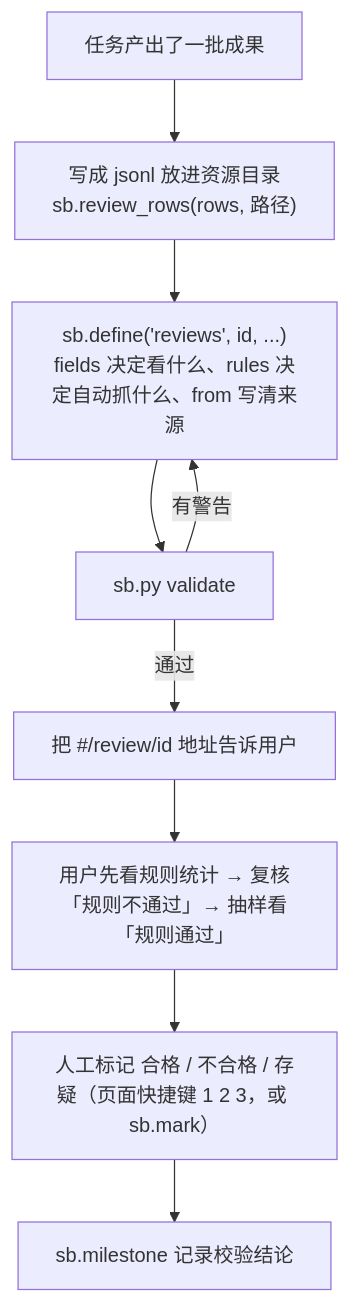
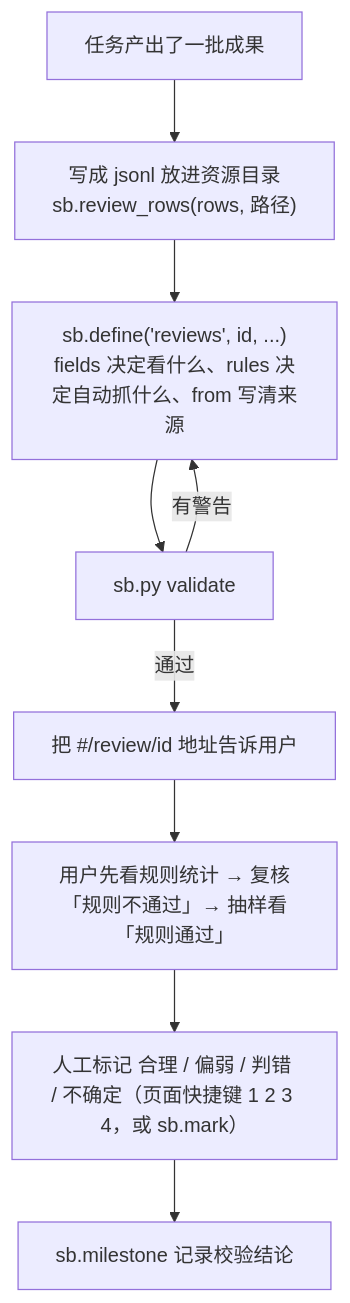
One commit to StevenHuang233/AI-record changed the seventh of 10 diagrams in skills/status-board/SKILL.md. Above: the diagram before and after it, drawn with Mermaid. The commit also changed other lines of this file and 2 other files, not shown here.

````diff
--- a/skills/status-board/SKILL.md
+++ b/skills/status-board/SKILL.md
@@ -165,11 +165,11 @@
 ```mermaid
 flowchart TD
     A["任务产出了一批成果"] --> B["写成 jsonl 放进资源目录<br/>sb.review_rows(rows, 路径)"]
     B --> C["sb.define('reviews', id, ...)<br/>fields 决定看什么、rules 决定自动抓什么、from 写清来源"]
     C --> D["sb.py validate"]
     D -->|"有警告"| C
     D -->|"通过"| E["把 #/review/id 地址告诉用户"]
     E --> F["用户先看规则统计 → 复核「规则不通过」→ 抽样看「规则通过」"]
-    F --> G["人工标记 合格 / 不合格 / 存疑（页面快捷键 1 2 3，或 sb.mark）"]
+    F --> G["人工标记 合理 / 偏弱 / 判错 / 不确定（页面快捷键 1 2 3 4，或 sb.mark）"]
     G --> H["sb.milestone 记录校验结论"]
 ```
````
